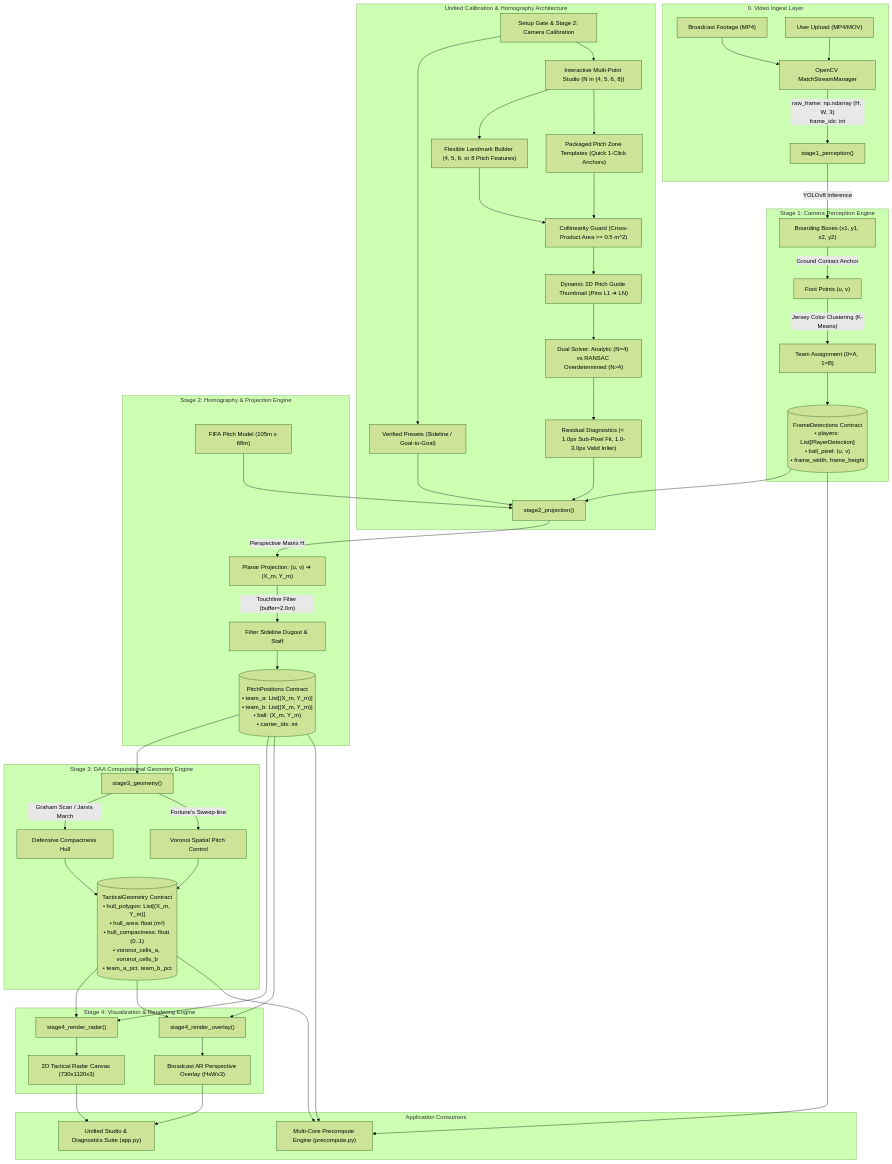
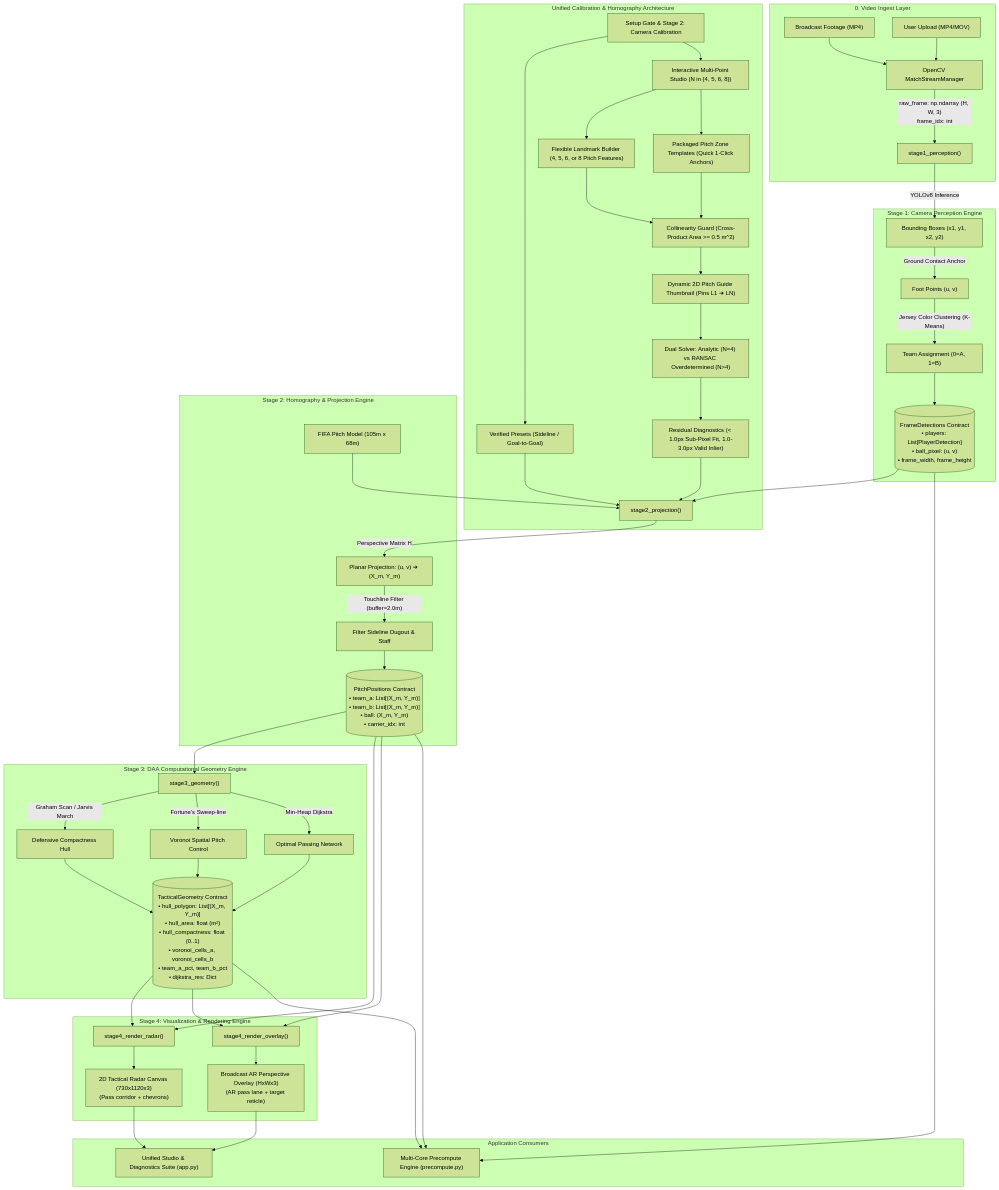
One commit to Parag949/football_c changed the diagram in ARCHITECTURE.md. Above: the diagram before and after it, drawn with Mermaid (forest theme). The commit also changed other lines of this file and 14 other files, not shown here.

Commit message:
feat(dijkstra): implement FW-01 Dijkstra optimal passing network and update docs

````diff
--- a/ARCHITECTURE.md
+++ b/ARCHITECTURE.md
@@ -11,55 +11,56 @@
 ```mermaid
 flowchart TD
     subgraph INGEST ["0. Video Ingest Layer"]
         A1["Broadcast Footage (MP4)"] --> B1["OpenCV MatchStreamManager"]
         A2["User Upload (MP4/MOV)"] --> B1
         B1 -->|"raw_frame: np.ndarray (H, W, 3)\nframe_idx: int"| S1
     end
 
     subgraph CALIB ["Unified Calibration & Homography Architecture"]
         G_MODE["Setup Gate & Stage 2: Camera Calibration"] --> P_PRESET["Verified Presets (Sideline / Goal-to-Goal)"]
         G_MODE --> P_STUDIO["Interactive Multi-Point Studio (N in {4, 5, 6, 8})"]
         P_STUDIO --> L_MIX["Flexible Landmark Builder (4, 5, 6, or 8 Pitch Features)"]
         P_STUDIO --> L_TMPL["Packaged Pitch Zone Templates (Quick 1-Click Anchors)"]
         L_MIX & L_TMPL --> COLLIN["Collinearity Guard (Cross-Product Area >= 0.5 m^2)"]
         COLLIN --> THUMB["Dynamic 2D Pitch Guide Thumbnail (Pins L1 ➔ LN)"]
         THUMB --> H_CALC["Dual Solver: Analytic (N=4) vs RANSAC Overdetermined (N>4)"]
         H_CALC --> RESID["Residual Diagnostics (< 1.0px Sub-Pixel Fit, 1.0-3.0px Valid Inlier)"]
         RESID --> S2
         P_PRESET --> S2
     end
 
     subgraph STAGE1 ["Stage 1: Camera Perception Engine"]
         S1["stage1_perception()"] -->|"YOLOv8 Inference"| P1["Bounding Boxes (x1, y1, x2, y2)"]
         P1 -->|"Ground Contact Anchor"| P2["Foot Points (u, v)"]
         P2 -->|"Jersey Color Clustering (K-Means)"| P3["Team Assignment (0=A, 1=B)"]
         P3 --> C1[("FrameDetections Contract\n• players: List[PlayerDetection]\n• ball_pixel: (u, v)\n• frame_width, frame_height")]
     end
 
     subgraph STAGE2 ["Stage 2: Homography & Projection Engine"]
         C1 --> S2["stage2_projection()"]
         M1["FIFA Pitch Model (105m x 68m)"] --> S2
         S2 -->|"Perspective Matrix H"| PR1["Planar Projection: (u, v) ➔ (X_m, Y_m)"]
         PR1 -->|"Touchline Filter (buffer=2.0m)"| PR2["Filter Sideline Dugout & Staff"]
         PR2 --> C2[("PitchPositions Contract\n• team_a: List[(X_m, Y_m)]\n• team_b: List[(X_m, Y_m)]\n• ball: (X_m, Y_m)\n• carrier_idx: int")]
     end
 
     subgraph STAGE3 ["Stage 3: DAA Computational Geometry Engine"]
         C2 --> S3["stage3_geometry()"]
         S3 -->|"Graham Scan / Jarvis March"| G1["Defensive Compactness Hull"]
         S3 -->|"Fortune's Sweep-line"| G2["Voronoi Spatial Pitch Control"]
-        G1 & G2 --> C3[("TacticalGeometry Contract\n• hull_polygon: List[(X_m, Y_m)]\n• hull_area: float (m²)\n• hull_compactness: float (0..1)\n• voronoi_cells_a, voronoi_cells_b\n• team_a_pct, team_b_pct")]
+        S3 -->|"Min-Heap Dijkstra"| G3["Optimal Passing Network"]
+        G1 & G2 & G3 --> C3[("TacticalGeometry Contract\n• hull_polygon: List[(X_m, Y_m)]\n• hull_area: float (m²)\n• hull_compactness: float (0..1)\n• voronoi_cells_a, voronoi_cells_b\n• team_a_pct, team_b_pct\n• dijkstra_res: Dict")]
     end
 
     subgraph STAGE4 ["Stage 4: Visualization & Rendering Engine"]
         C2 & C3 --> R1["stage4_render_radar()"]
         C2 & C3 --> R2["stage4_render_overlay()"]
-        R1 --> V1["2D Tactical Radar Canvas (730x1120x3)"]
-        R2 --> V2["Broadcast AR Perspective Overlay (HxWx3)"]
+        R1 --> V1["2D Tactical Radar Canvas (730x1120x3)\n(Pass corridor + chevrons)"]
+        R2 --> V2["Broadcast AR Perspective Overlay (HxWx3)\n(AR pass lane + target reticle)"]
     end
 
     subgraph APPS ["Application Consumers"]
         V1 & V2 --> APP1["Unified Studio & Diagnostics Suite (app.py)"]
         C1 & C2 & C3 --> PRE["Multi-Core Precompute Engine (precompute.py)"]
     end
 ```
````
